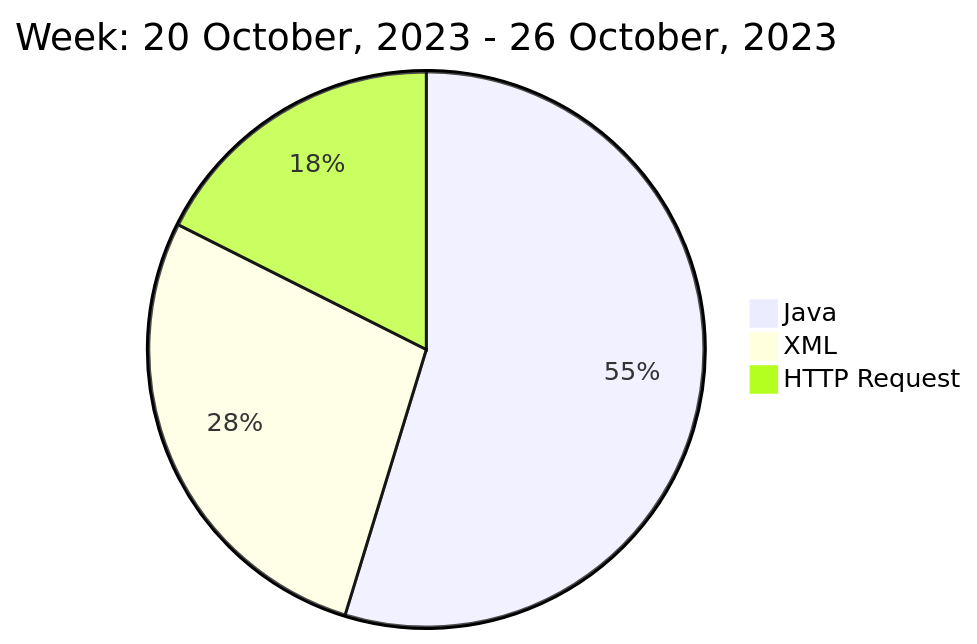
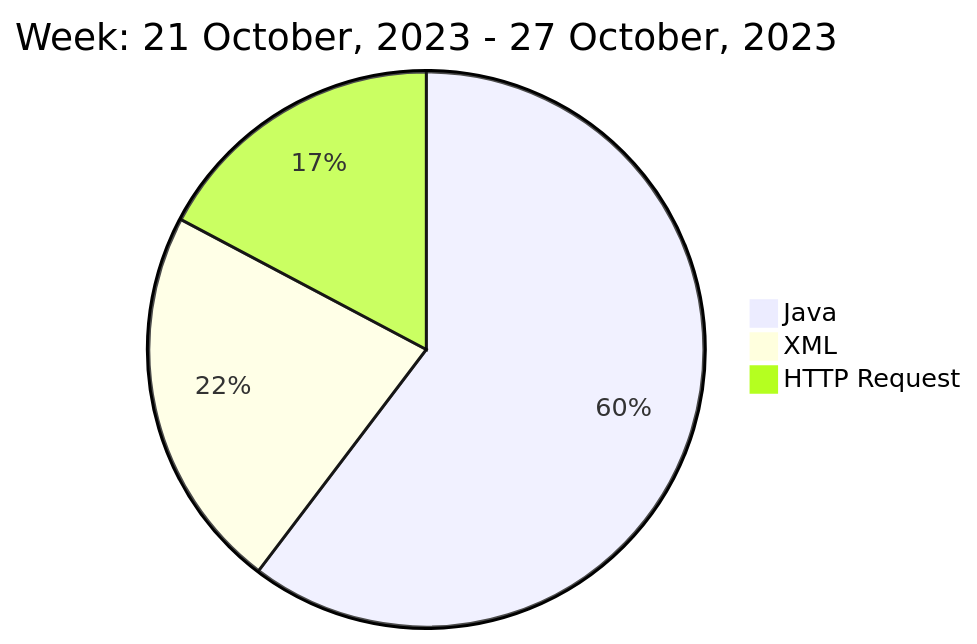
Before and after one commit to liubin95/liubin95: the diagram in README.md, drawn with Mermaid.

Commit message:
Updated the Graph with new Metrics

````diff
--- a/README.md
+++ b/README.md
@@ -40,7 +40,7 @@
 ```mermaid
  pie
-title Week: 20 October, 2023 - 26 October, 2023
- "Java" : 7.47
- "XML" : 3.78
- "HTTP Request" : 2.4
+title Week: 21 October, 2023 - 27 October, 2023
+ "Java" : 7.8
+ "XML" : 2.9
+ "HTTP Request" : 2.23
 ```
````
